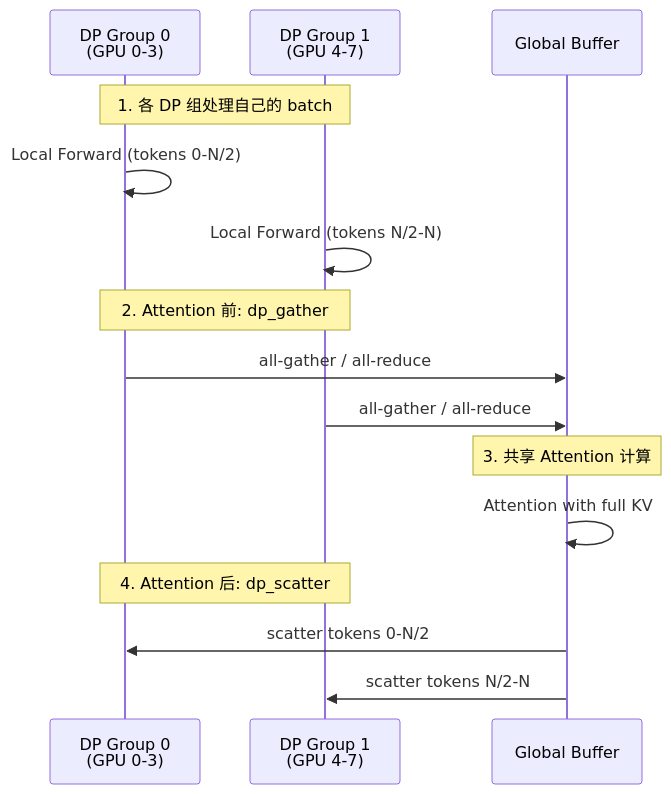
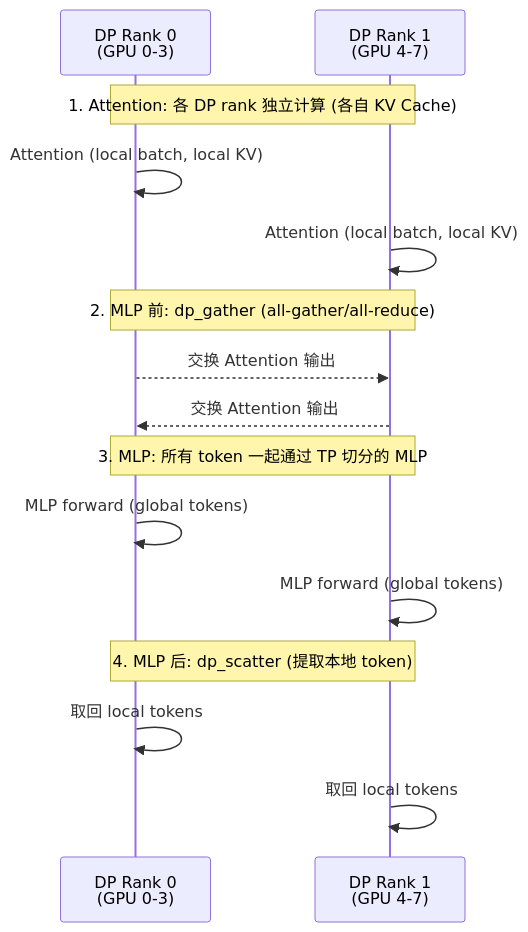
The eighth of 9 diagrams in SGLang/13-parallel-strategies.md (wesleyck/AIInfraNotes), drawn with Mermaid before and after one commit. The commit also changed other lines of this file and 26 other files, not shown here.

````diff
--- a/SGLang/13-parallel-strategies.md
+++ b/SGLang/13-parallel-strategies.md
@@ -427,21 +545,21 @@
 ```mermaid
 sequenceDiagram
-    participant DP0 as DP Group 0<br/>(GPU 0-3)
-    participant DP1 as DP Group 1<br/>(GPU 4-7)
-    participant Global as Global Buffer
-    
-    Note over DP0,DP1: 1. 各 DP 组处理自己的 batch
-    DP0->>DP0: Local Forward (tokens 0-N/2)
-    DP1->>DP1: Local Forward (tokens N/2-N)
-    
-    Note over DP0,DP1: 2. Attention 前: dp_gather
-    DP0->>Global: all-gather / all-reduce
-    DP1->>Global: all-gather / all-reduce
-    
-    Note over Global: 3. 共享 Attention 计算
-    Global->>Global: Attention with full KV
-    
-    Note over DP0,DP1: 4. Attention 后: dp_scatter
-    Global->>DP0: scatter tokens 0-N/2
-    Global->>DP1: scatter tokens N/2-N
+    participant DP0 as DP Rank 0<br/>(GPU 0-3)
+    participant DP1 as DP Rank 1<br/>(GPU 4-7)
+
+    Note over DP0,DP1: 1. Attention: 各 DP rank 独立计算 (各自 KV Cache)
+    DP0->>DP0: Attention (local batch, local KV)
+    DP1->>DP1: Attention (local batch, local KV)
+
+    Note over DP0,DP1: 2. MLP 前: dp_gather (all-gather/all-reduce)
+    DP0-->>DP1: 交换 Attention 输出
+    DP1-->>DP0: 交换 Attention 输出
+
+    Note over DP0,DP1: 3. MLP: 所有 token 一起通过 TP 切分的 MLP
+    DP0->>DP0: MLP forward (global tokens)
+    DP1->>DP1: MLP forward (global tokens)
+
+    Note over DP0,DP1: 4. MLP 后: dp_scatter (提取本地 token)
+    DP0->>DP0: 取回 local tokens
+    DP1->>DP1: 取回 local tokens
 ```
````
